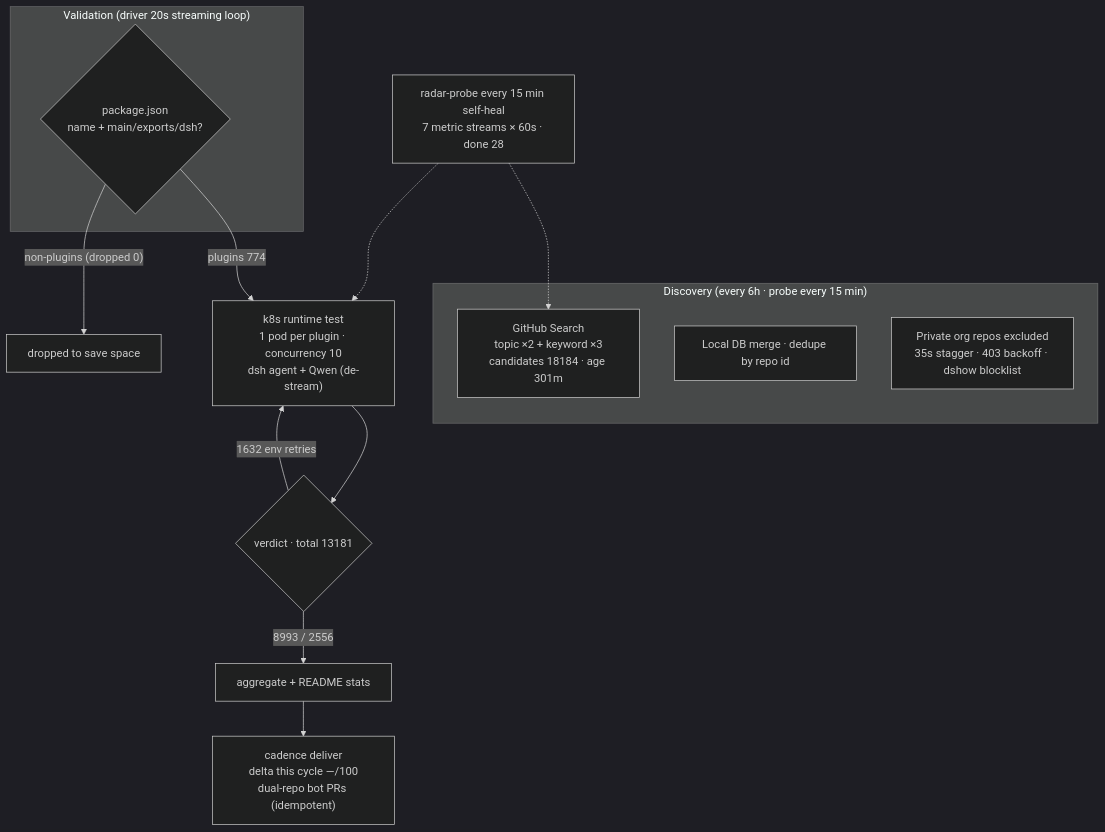
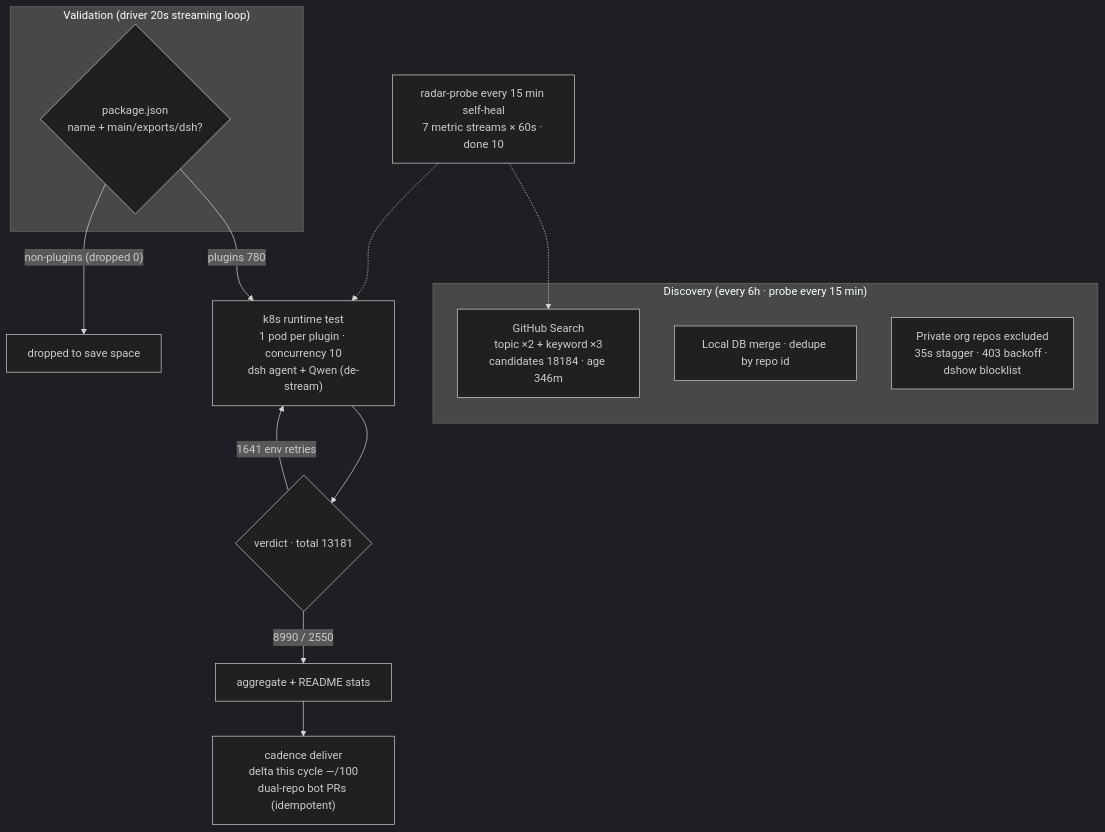
One commit to AdamPlatin123/awesome-dsh-plugins changed the diagram in README.en-US.md. Above: the diagram before and after it, drawn with Mermaid (dark theme). The commit also changed other lines of this file and 5 other files, not shown here.

````diff
--- a/README.en-US.md
+++ b/README.en-US.md
@@ -45,20 +45,20 @@
 ```mermaid
 flowchart TB
     subgraph Discovery["Discovery (every 6h · probe every 15 min)"]
-        A1["GitHub Search<br/>topic ×2 + keyword ×3<br/>candidates 18184 · age 301m"]
+        A1["GitHub Search<br/>topic ×2 + keyword ×3<br/>candidates 18184 · age 346m"]
         A2["Local DB merge · dedupe by repo id"]
         A3["Private org repos excluded<br/>35s stagger · 403 backoff · dshow blocklist"]
     end
     subgraph Validation["Validation (driver 20s streaming loop)"]
         B1{"package.json<br/>name + main/exports/dsh?"}
     end
-    B1 -->|"plugins 774"| C1["k8s runtime test<br/>1 pod per plugin · concurrency 10<br/>dsh agent + Qwen (de-stream)"]
+    B1 -->|"plugins 780"| C1["k8s runtime test<br/>1 pod per plugin · concurrency 10<br/>dsh agent + Qwen (de-stream)"]
     B1 -->|"non-plugins (dropped 0)"| B3["dropped to save space"]
     C1 --> D1{"verdict · total 13181"}
-    D1 -->|"8993 / 2556"| E1["aggregate + README stats"]
-    D1 -->|"1632 env retries"| C1
+    D1 -->|"8990 / 2550"| E1["aggregate + README stats"]
+    D1 -->|"1641 env retries"| C1
     E1 --> E2["cadence deliver<br/>delta this cycle —/100<br/>dual-repo bot PRs (idempotent)"]
-    M["radar-probe every 15 min self-heal<br/>7 metric streams × 60s · done 28"]
+    M["radar-probe every 15 min self-heal<br/>7 metric streams × 60s · done 10"]
     M -.-> A1
     M -.-> C1
 ```
````
